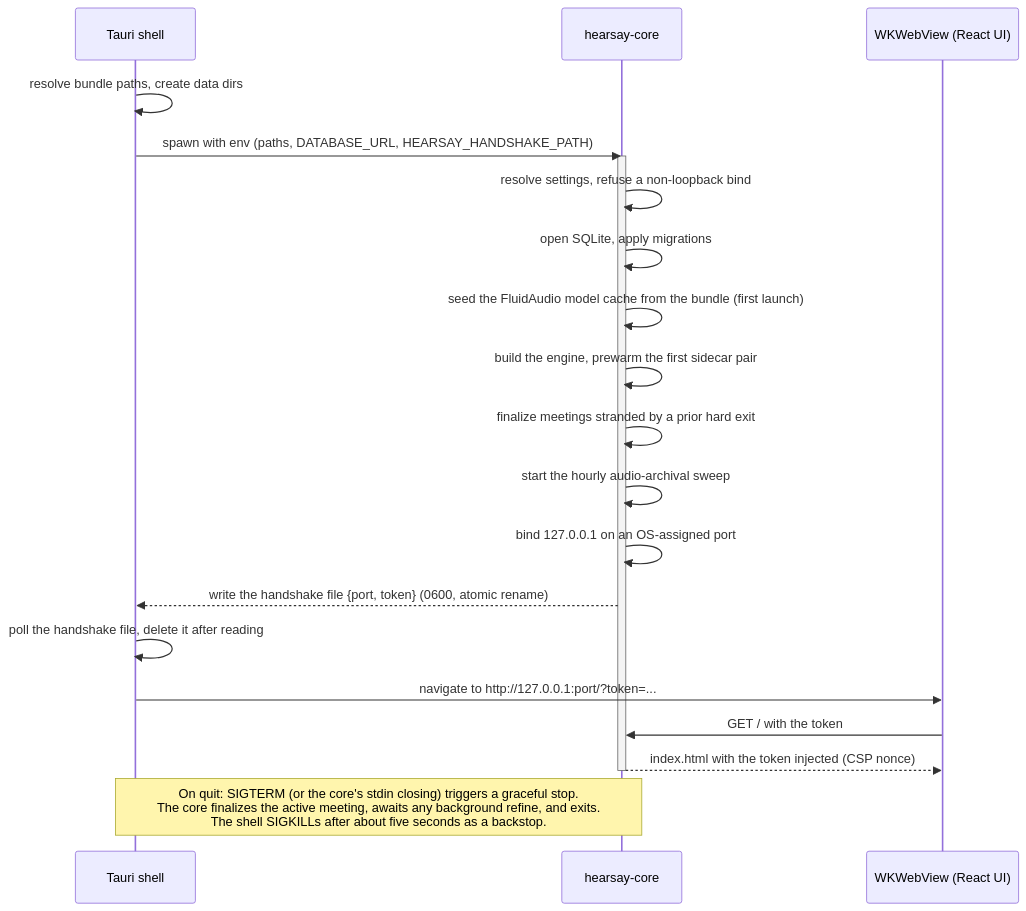
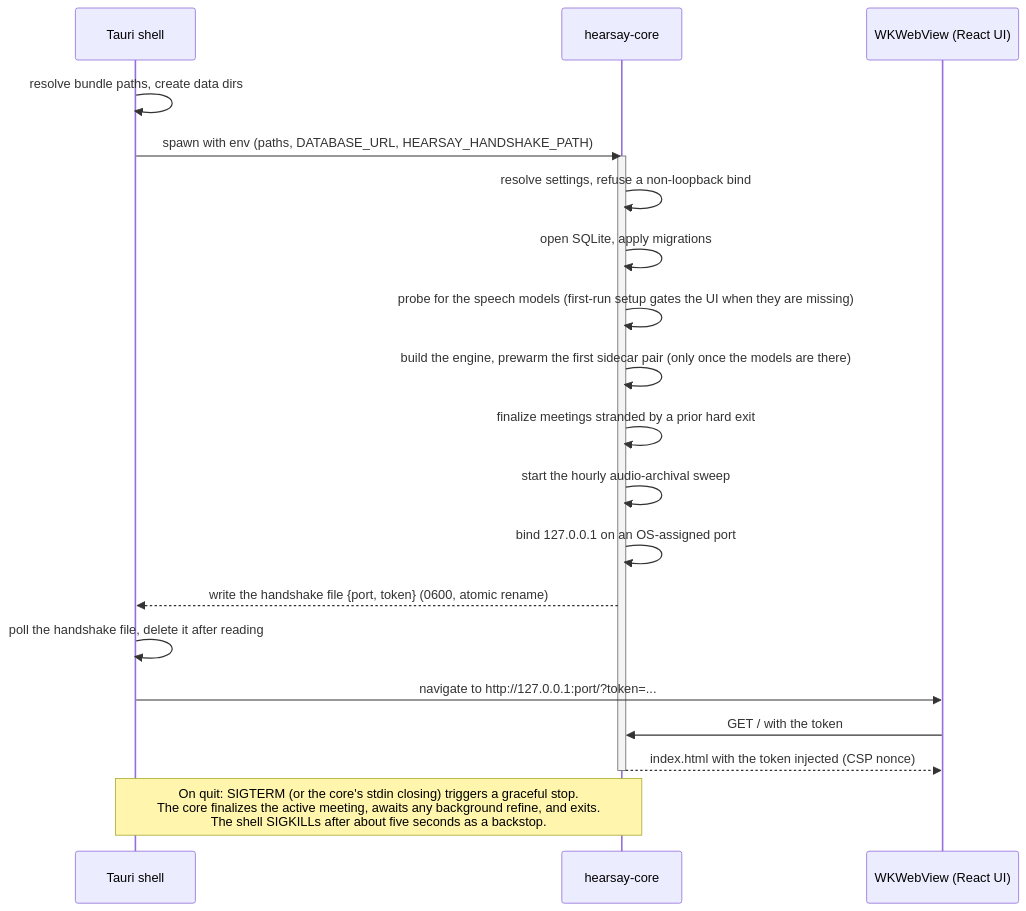
Before and after one commit to rwiseman87/hearsay: the fourth of 7 diagrams in docs/architecture.md, drawn with Mermaid. The commit also changed other lines of this file and 42 other files, not shown here.

First line of the commit message:
Unbundle the macOS models: download them on first run

````diff
--- a/docs/architecture.md
+++ b/docs/architecture.md
@@ -273,24 +275,24 @@
 ```mermaid
 sequenceDiagram
     participant Shell as Tauri shell
     participant Core as hearsay-core
     participant WV as WKWebView (React UI)
 
     Shell->>Shell: resolve bundle paths, create data dirs
     Shell->>Core: spawn with env (paths, DATABASE_URL, HEARSAY_HANDSHAKE_PATH)
     activate Core
     Core->>Core: resolve settings, refuse a non-loopback bind
     Core->>Core: open SQLite, apply migrations
-    Core->>Core: seed the FluidAudio model cache from the bundle (first launch)
-    Core->>Core: build the engine, prewarm the first sidecar pair
+    Core->>Core: probe for the speech models (first-run setup gates the UI when they are missing)
+    Core->>Core: build the engine, prewarm the first sidecar pair (only once the models are there)
     Core->>Core: finalize meetings stranded by a prior hard exit
     Core->>Core: start the hourly audio-archival sweep
     Core->>Core: bind 127.0.0.1 on an OS-assigned port
     Core-->>Shell: write the handshake file {port, token} (0600, atomic rename)
     Shell->>Shell: poll the handshake file, delete it after reading
     Shell->>WV: navigate to http://127.0.0.1:port/?token=...
     WV->>Core: GET / with the token
     Core-->>WV: index.html with the token injected (CSP nonce)
     deactivate Core
     Note over Shell,Core: On quit: SIGTERM (or the core's stdin closing) triggers a graceful stop.<br/>The core finalizes the active meeting, awaits any background refine, and exits.<br/>The shell SIGKILLs after about five seconds as a backstop.
 ```
````
